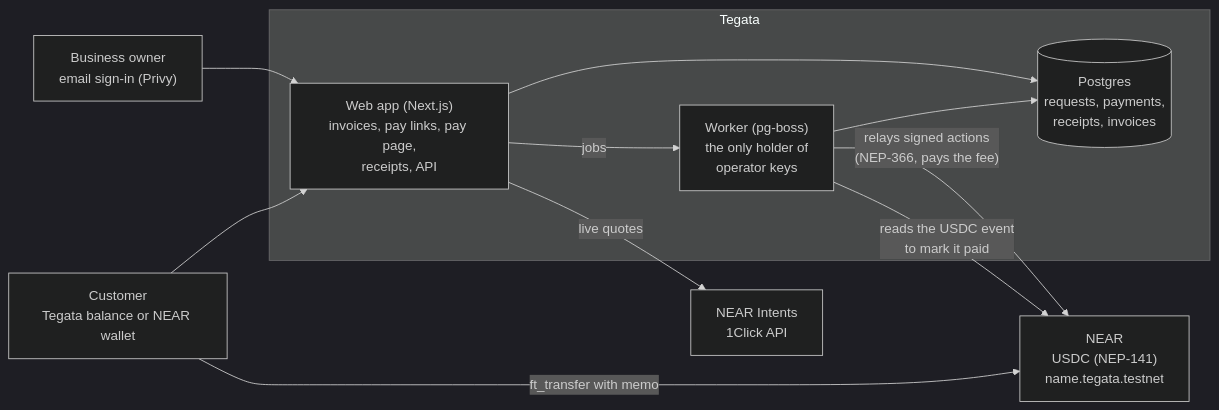
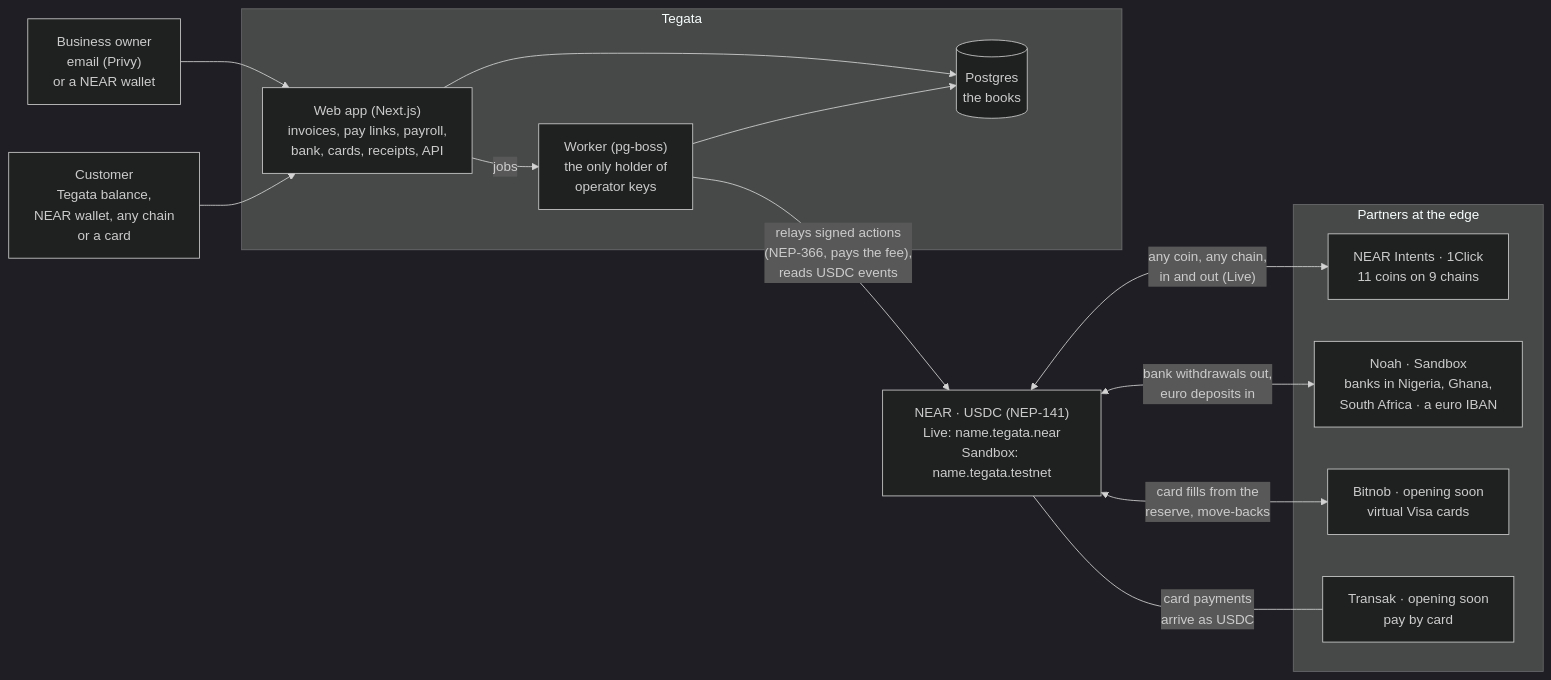
Before and after one commit to Blockchain-Oracle/tegata: the diagram in .github/diagrams/readme-system.mmd, drawn with Mermaid (dark theme). The commit also changed 130 other files, not shown here.

Commit message:
Docs for everything new: bank, cards, pay by card, scan, emails, balance, any chain, Sandbox and Live; payroll to other chains, payslip PDF, reminders; system diagram with partners at the edge, a new any-chain diagram; fresh captures, fact-checked

```diff
--- a/.github/diagrams/readme-system.mmd
+++ b/.github/diagrams/readme-system.mmd
@@ -1,15 +1,22 @@
 flowchart LR
-  owner["Business owner<br/>email sign-in (Privy)"] --> web
-  payer["Customer<br/>Tegata balance or NEAR wallet"] --> web
+  owner["Business owner<br/>email (Privy)<br/>or a NEAR wallet"] --> web
+  payer["Customer<br/>Tegata balance,<br/>NEAR wallet, any chain<br/>or a card"] --> web
   subgraph tegata["Tegata"]
-    web["Web app (Next.js)<br/>invoices, pay links, pay page,<br/>receipts, API"]
-    db[("Postgres<br/>requests, payments,<br/>receipts, invoices")]
+    web["Web app (Next.js)<br/>invoices, pay links, payroll,<br/>bank, cards, receipts, API"]
+    db[("Postgres<br/>the books")]
     worker["Worker (pg-boss)<br/>the only holder of<br/>operator keys"]
     web --> db
     web -- "jobs" --> worker
     worker --> db
   end
-  web -- "live quotes" --> intents["NEAR Intents<br/>1Click API"]
-  worker -- "relays signed actions<br/>(NEP-366, pays the fee)" --> near["NEAR<br/>USDC (NEP-141)<br/>name.tegata.testnet"]
-  payer -- "ft_transfer with memo" --> near
-  worker -- "reads the USDC event<br/>to mark it paid" --> near
+  worker -- "relays signed actions<br/>(NEP-366, pays the fee),<br/>reads USDC events" --> near["NEAR · USDC (NEP-141)<br/>Live: name.tegata.near<br/>Sandbox: name.tegata.testnet"]
+  subgraph edge["Partners at the edge"]
+    intents["NEAR Intents · 1Click<br/>11 coins on 9 chains"]
+    noah["Noah · Sandbox<br/>banks in Nigeria, Ghana,<br/>South Africa · a euro IBAN"]
+    bitnob["Bitnob · opening soon<br/>virtual Visa cards"]
+    transak["Transak · opening soon<br/>pay by card"]
+  end
+  near <-- "any coin, any chain,<br/>in and out (Live)" --> intents
+  near <-- "bank withdrawals out,<br/>euro deposits in" --> noah
+  near <-- "card fills from the<br/>reserve, move-backs" --> bitnob
+  near -- "card payments<br/>arrive as USDC" --- transak
```
